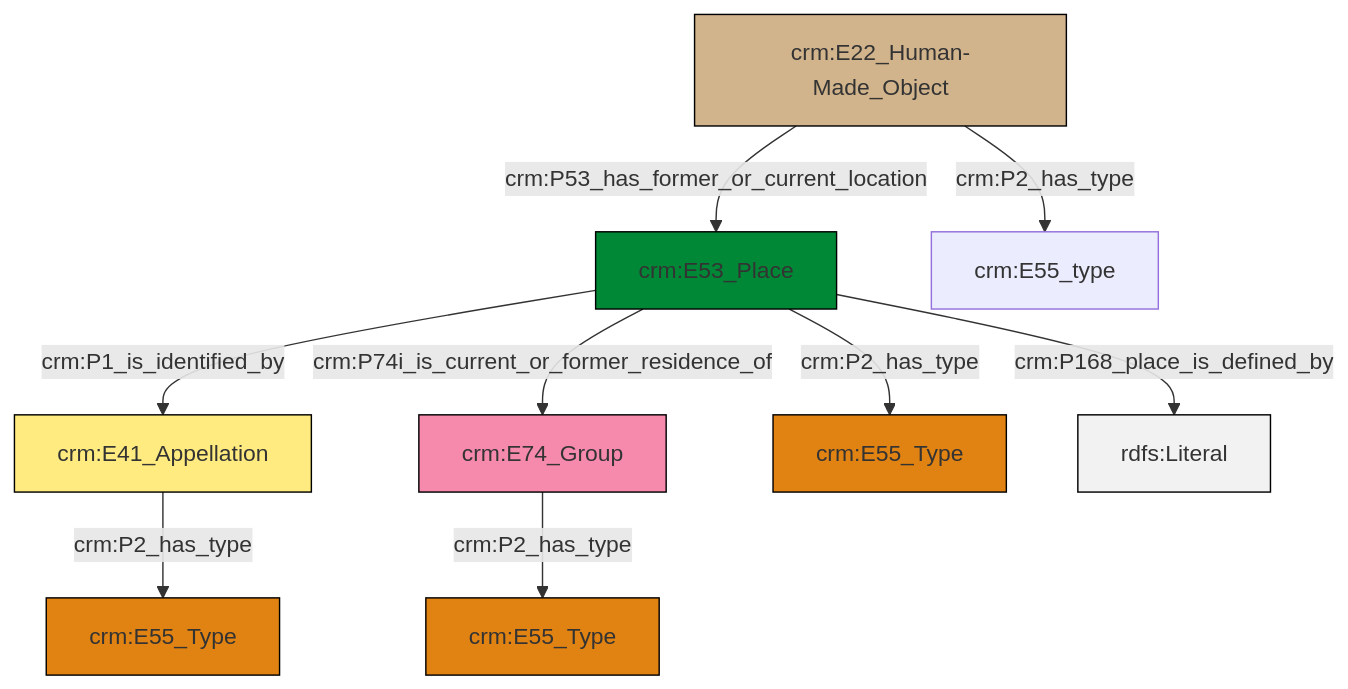
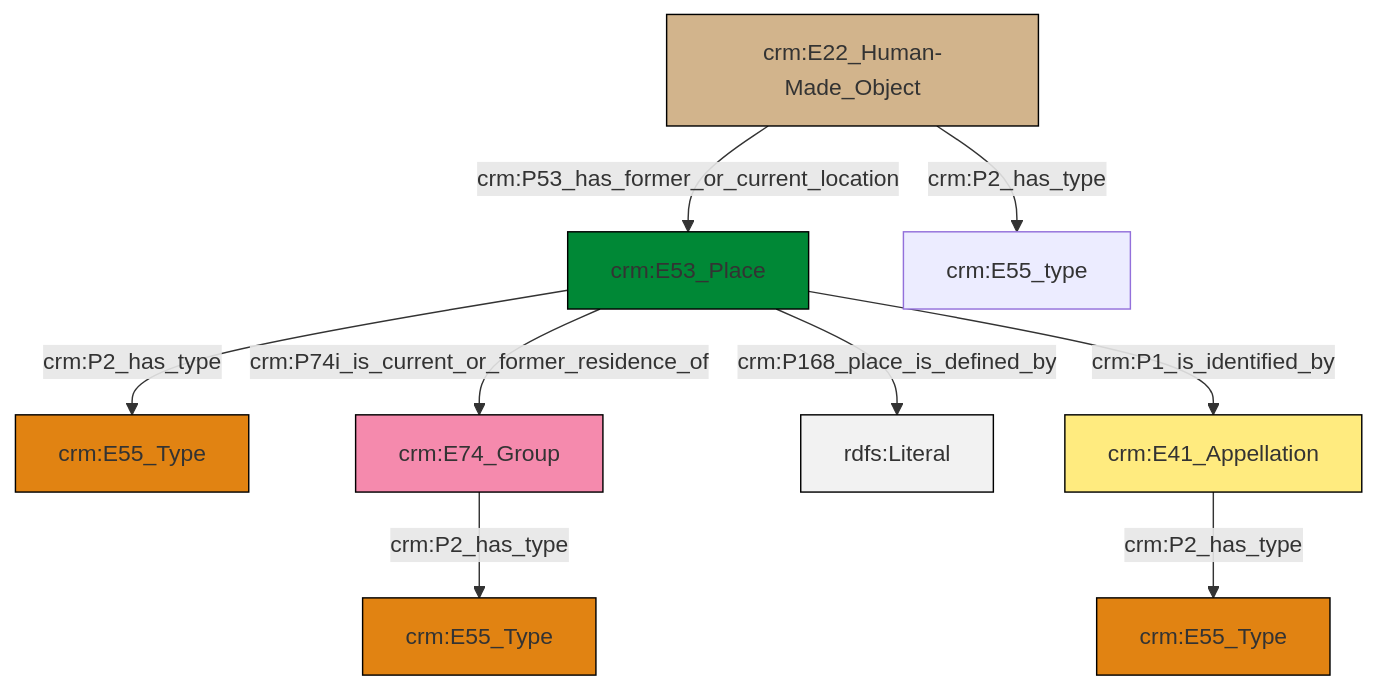
One commit to swiss-art-research-net/reference-data-models changed the diagram in et/artworkCSV/ttl/mmd/Artwork_Location.ttl.mmd. Above: the diagram before and after it, drawn with Mermaid. The commit also changed 131 other files, not shown here.

```diff
--- a/et/artworkCSV/ttl/mmd/Artwork_Location.ttl.mmd
+++ b/et/artworkCSV/ttl/mmd/Artwork_Location.ttl.mmd
@@ -1,23 +1,23 @@
 graph TD
 classDef Literal fill:#f2f2f2,stroke:#000000;
 classDef CRM_Entity fill:#FFFFFF,stroke:#000000;
 classDef Temporal_Entity fill:#00C9E6, stroke:#000000;
 classDef Type fill:#E18312, stroke:#000000;
 classDef Time-Span fill:#2C9C91, stroke:#000000;
 classDef Appellation fill:#FFEB7F, stroke:#000000;
 classDef Place fill:#008836, stroke:#000000;
 classDef Persistent_Item fill:#B266B2, stroke:#000000;
 classDef Conceptual_Object fill:#FFD700, stroke:#000000;
 classDef Physical_Thing fill:#D2B48C, stroke:#000000;
 classDef Actor fill:#f58aad, stroke:#000000;
 classDef PC_Classes fill:#4ce600, stroke:#000000;
 classDef Multi fill:#cccccc,stroke:#000000;
 
-6["crm:E22_Human-Made_Object"]:::Physical_Thing -->|crm:P53_has_former_or_current_location| 0["crm:E53_Place"]:::Place
-6["crm:E22_Human-Made_Object"]:::Physical_Thing -->|crm:P2_has_type| 8["crm:E55_type"]:::Default
-4["crm:E74_Group"]:::Actor -->|crm:P2_has_type| 9["crm:E55_Type"]:::Type
-10["crm:E41_Appellation"]:::Appellation -->|crm:P2_has_type| 2["crm:E55_Type"]:::Type
-0["crm:E53_Place"]:::Place -->|crm:P2_has_type| 11["crm:E55_Type"]:::Type
-0["crm:E53_Place"]:::Place -->|crm:P168_place_is_defined_by| 12[rdfs:Literal]:::Literal
-0["crm:E53_Place"]:::Place -->|crm:P1_is_identified_by| 10["crm:E41_Appellation"]:::Appellation
-0["crm:E53_Place"]:::Place -->|crm:P74i_is_current_or_former_residence_of| 4["crm:E74_Group"]:::Actor
+6["crm:E22_Human-Made_Object"]:::Physical_Thing -->|crm:P53_has_former_or_current_location| 7["crm:E53_Place"]:::Place
+7["crm:E53_Place"]:::Place -->|crm:P168_place_is_defined_by| 10[rdfs:Literal]:::Literal
+2["crm:E74_Group"]:::Actor -->|crm:P2_has_type| 11["crm:E55_Type"]:::Type
+7["crm:E53_Place"]:::Place -->|crm:P2_has_type| 0["crm:E55_Type"]:::Type
+7["crm:E53_Place"]:::Place -->|crm:P74i_is_current_or_former_residence_of| 2["crm:E74_Group"]:::Actor
+7["crm:E53_Place"]:::Place -->|crm:P1_is_identified_by| 14["crm:E41_Appellation"]:::Appellation
+6["crm:E22_Human-Made_Object"]:::Physical_Thing -->|crm:P2_has_type| 17["crm:E55_type"]:::Default
+14["crm:E41_Appellation"]:::Appellation -->|crm:P2_has_type| 4["crm:E55_Type"]:::Type
```
